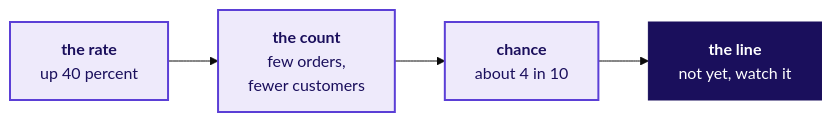
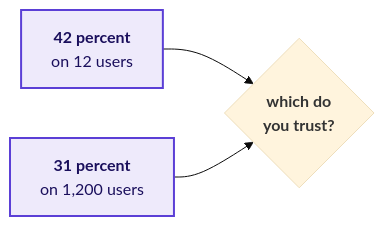
Before and after one commit to fde-academy-lab/c2-content-factory: diagram 23 of 30 in content/W01/D4/slides/C2_W01_D04_half1_STUDENT.md, drawn with Mermaid (base theme). The commit also changed other lines of this file and 1 other file, not shown here.

````diff
--- a/content/W01/D4/slides/C2_W01_D04_half1_STUDENT.md
+++ b/content/W01/D4/slides/C2_W01_D04_half1_STUDENT.md
@@ -988,12 +1142,7 @@
 ```mermaid
 flowchart LR
-    K0["<b>the rate</b><br/>up 40 percent"]
-    K1["<b>the count</b><br/>few orders,<br/>fewer customers"]
-    K2["<b>chance</b><br/>about 4 in 10"]
-    K3["<b>the line</b><br/>not yet, watch it"]
-    K0 --> K1 --> K2 --> K3
+    S["<b>42 percent</b><br/>on 12 users"] --> Q{"<b>which do<br/>you trust?</b>"}
+    L["<b>31 percent</b><br/>on 1,200 users"] --> Q
     classDef known fill:#EEEAFB,stroke:#5B3FD6,color:#1A0F5C,stroke-width:2px
-    classDef bet fill:#1A0F5C,stroke:#1A0F5C,color:#FFFFFF
-    class K0,K1,K2 known
-    class K3 bet
+    class S,L known
 ```
````
